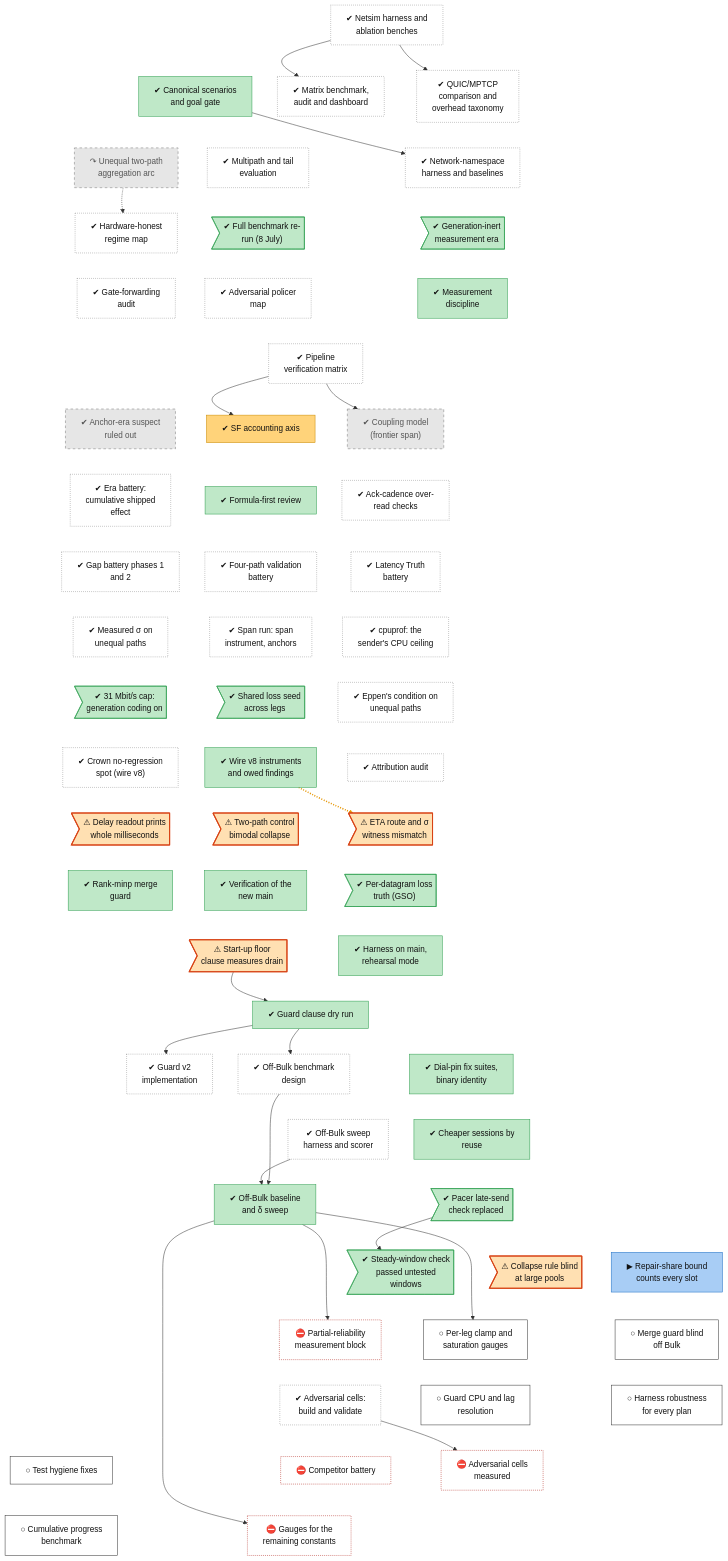
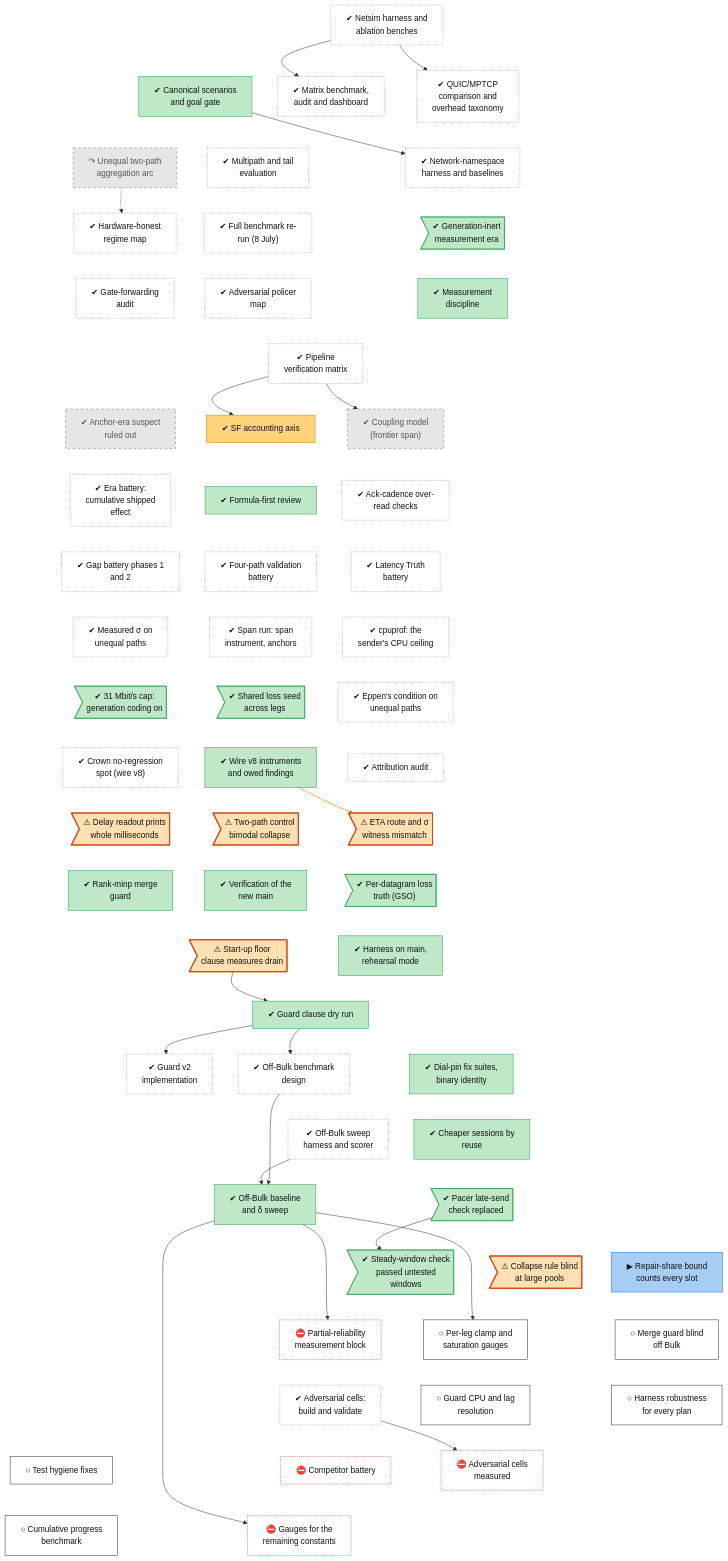
One commit to lhns/raptorpath changed the diagram in docs/roadmap/tracks/meas.md. Above: the diagram before and after it, drawn with Mermaid. The commit also changed other lines of this file and 13 other files, not shown here.

Commit message:
roadmap: every backfilled record keeps its label (a bare 'commit <sha>' for its sha becomes the label); re-run is a research node, not a defect

```diff
--- a/docs/roadmap/tracks/meas.md
+++ b/docs/roadmap/tracks/meas.md
@@ -17,7 +17,7 @@
     meas_l2_multipath["✔ Multipath and tail<br/>evaluation"]
     meas_c8_aggregation_arc["↷ Unequal two-path<br/>aggregation arc"]
     meas_gen_inert_era>"✔ Generation-inert<br/>measurement era"]
-    meas_rerun_0708>"✔ Full benchmark re-<br/>run (8 July)"]
+    meas_rerun_0708["✔ Full benchmark re-<br/>run (8 July)"]
     meas_regime_map["✔ Hardware-honest<br/>regime map"]
     meas_adr52_discipline["✔ Measurement<br/>discipline"]
     meas_adversarial_b1["✔ Adversarial policer<br/>map"]
@@ -169,8 +169,8 @@
     classDef userdec fill:#d9c2f0,stroke:#7b3fb5,color:#111
     classDef defect fill:#ffe0b2,stroke:#d84315,stroke-width:2px,color:#111
     classDef waiting fill:#e3f2fd,stroke:#1f6fc5,stroke-dasharray:5 5,color:#111
-    class meas_l0_sim_bench,meas_transport_comparison,meas_matrix_bench,meas_l1_harness,meas_l2_multipath,meas_regime_map,meas_adversarial_b1,meas_gate_audit,meas_pipeline_verification,meas_ack_cadence,meas_goal_0819,meas_latency_truth,meas_c9_battery,meas_gap_phases,meas_cpuprof,meas_span_run,meas_sigma_c8,meas_eppen_c8,meas_attribution_audit,meas_crown_spot_v8,meas_guard_v2_impl,meas_s51_design,meas_s51_harness,meas_adversarial_cells_build unrated
-    class meas_adr51_scenarios,meas_gen_inert_era,meas_rerun_0708,meas_adr52_discipline,meas_formula_first,meas_defect_shared_seed,meas_defect_31mbit,meas_wire_v8,meas_gso_truth,meas_v4_verification,meas_guard_41c,meas_harness_consolidation,meas_guard_clause_dry,meas_s58_session,meas_harness_reuse,meas_s51_session,meas_blocke_pacing_gate,meas_blocke_steady_rule succ
+    class meas_l0_sim_bench,meas_transport_comparison,meas_matrix_bench,meas_l1_harness,meas_l2_multipath,meas_rerun_0708,meas_regime_map,meas_adversarial_b1,meas_gate_audit,meas_pipeline_verification,meas_ack_cadence,meas_goal_0819,meas_latency_truth,meas_c9_battery,meas_gap_phases,meas_cpuprof,meas_span_run,meas_sigma_c8,meas_eppen_c8,meas_attribution_audit,meas_crown_spot_v8,meas_guard_v2_impl,meas_s51_design,meas_s51_harness,meas_adversarial_cells_build unrated
+    class meas_adr51_scenarios,meas_gen_inert_era,meas_adr52_discipline,meas_formula_first,meas_defect_shared_seed,meas_defect_31mbit,meas_wire_v8,meas_gso_truth,meas_v4_verification,meas_guard_41c,meas_harness_consolidation,meas_guard_clause_dry,meas_s58_session,meas_harness_reuse,meas_s51_session,meas_blocke_pacing_gate,meas_blocke_steady_rule succ
     class meas_c8_aggregation_arc,meas_coupling_model,meas_anchor_era_suspect dead
     class meas_sf_accounting mixed
     class meas_defect_eta_witness,meas_defect_c8_bimodal,meas_defect_diag_rtp_ms,meas_defect_rtp_floor,meas_defect_cr61_large_pool defect
```
